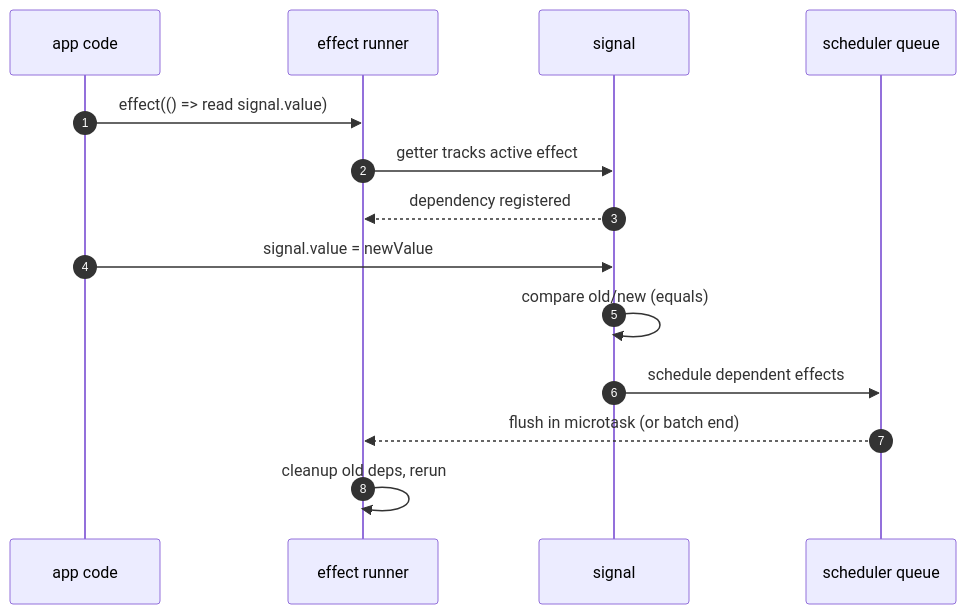
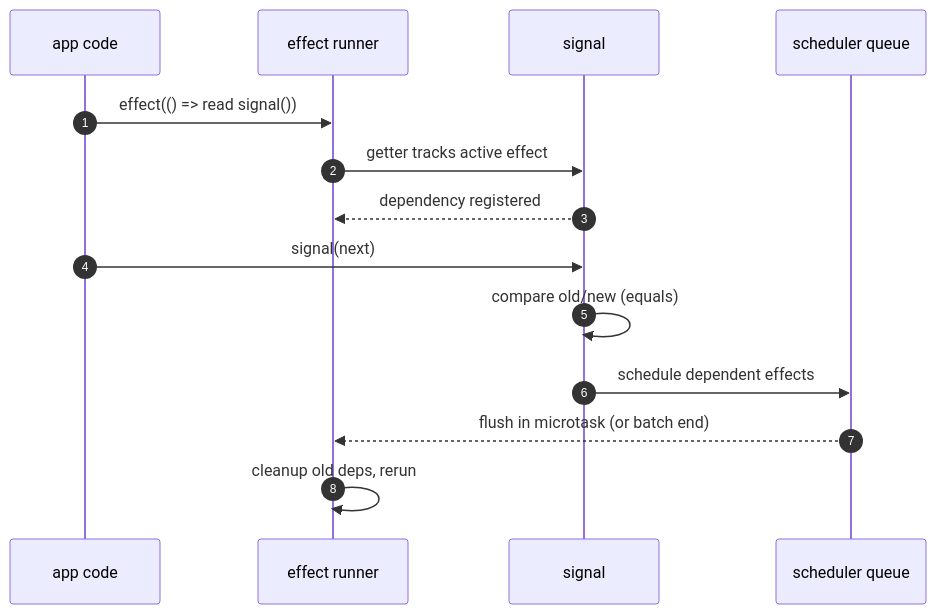
The first of 2 diagrams in docs/reactivity.md (kiranojhanp/super-tiny-signal), drawn with Mermaid before and after one commit. The commit also changed other lines of this file and 19 other files, not shown here.

````diff
--- a/docs/reactivity.md
+++ b/docs/reactivity.md
@@ -7,18 +7,18 @@
 ```mermaid
 sequenceDiagram
   autonumber
   participant App as app code
   participant Eff as effect runner
   participant Sig as signal
   participant Q as scheduler queue
 
-  App->>Eff: effect(() => read signal.value)
+  App->>Eff: effect(() => read signal())
   Eff->>Sig: getter tracks active effect
   Sig-->>Eff: dependency registered
 
-  App->>Sig: signal.value = newValue
+  App->>Sig: signal(next)
   Sig->>Sig: compare old/new (equals)
   Sig->>Q: schedule dependent effects
   Q-->>Eff: flush in microtask (or batch end)
   Eff->>Eff: cleanup old deps, rerun
 ```
````
